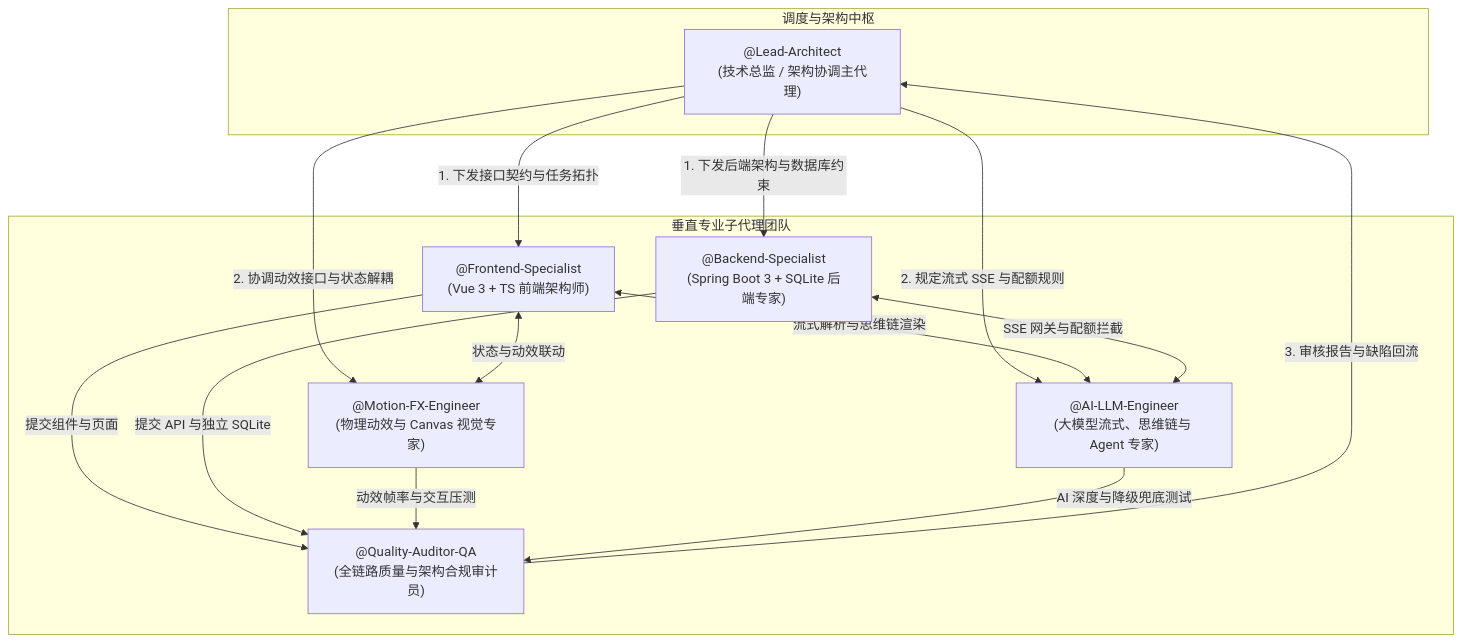
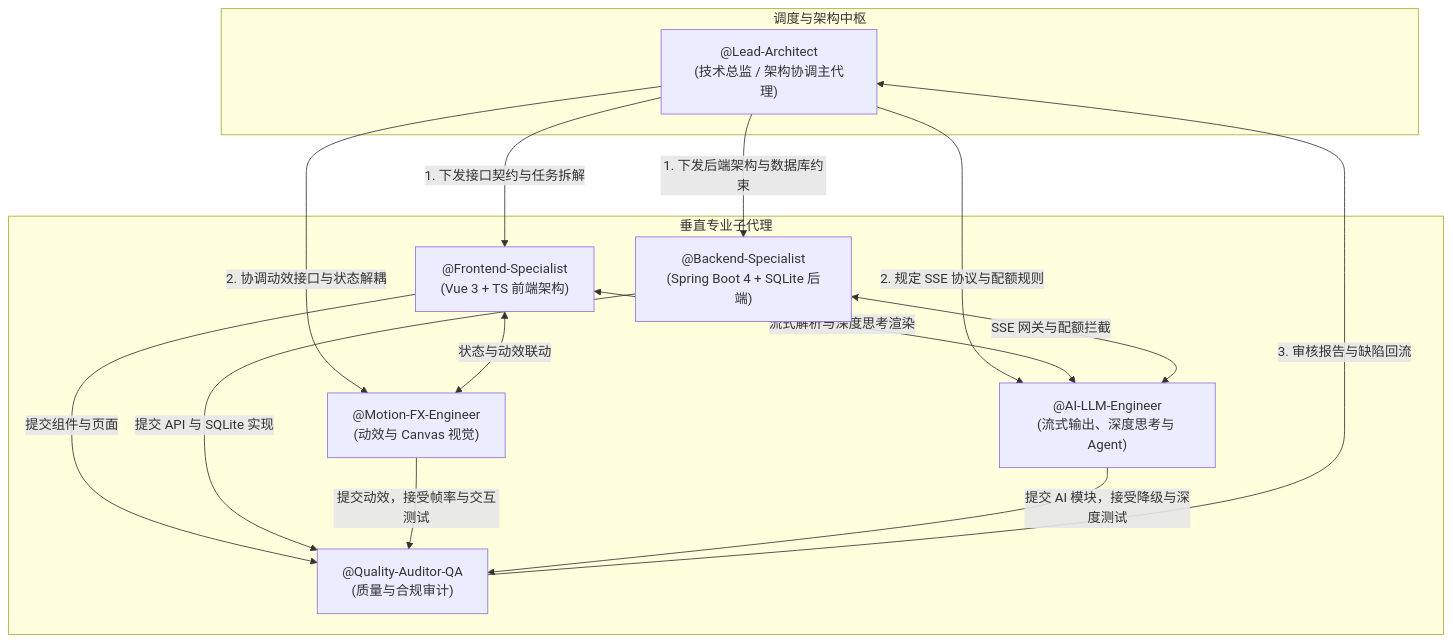
The first of 2 diagrams in docs/PROMPTS.md (gyb0619/XCWeb), drawn with Mermaid before and after one commit. The commit also changed other lines of this file and 83 other files, not shown here.

Commit message:
feat: complete XCWeb full-stack implementation with multi-agent architecture

````diff
--- a/docs/PROMPTS.md
+++ b/docs/PROMPTS.md
@@ -11,30 +16,30 @@
 ```mermaid
 graph TB
     subgraph Core_Orchestrator["调度与架构中枢"]
         Architect["@Lead-Architect<br/>(技术总监 / 架构协调主代理)"]
     end
 
-    subgraph Specialized_Agents["垂直专业子代理团队"]
-        FrontendDev["@Frontend-Specialist<br/>(Vue 3 + TS 前端架构师)"]
-        MotionFX["@Motion-FX-Engineer<br/>(物理动效与 Canvas 视觉专家)"]
-        BackendDev["@Backend-Specialist<br/>(Spring Boot 3 + SQLite 后端专家)"]
-        AIEngineer["@AI-LLM-Engineer<br/>(大模型流式、思维链与 Agent 专家)"]
-        QualityQA["@Quality-Auditor-QA<br/>(全链路质量与架构合规审计员)"]
+    subgraph Specialized_Agents["垂直专业子代理"]
+        FrontendDev["@Frontend-Specialist<br/>(Vue 3 + TS 前端架构)"]
+        MotionFX["@Motion-FX-Engineer<br/>(动效与 Canvas 视觉)"]
+        BackendDev["@Backend-Specialist<br/>(Spring Boot 4 + SQLite 后端)"]
+        AIEngineer["@AI-LLM-Engineer<br/>(流式输出、深度思考与 Agent)"]
+        QualityQA["@Quality-Auditor-QA<br/>(质量与合规审计)"]
     end
 
-    Architect -->|"1. 下发接口契约与任务拓扑"| FrontendDev
+    Architect -->|"1. 下发接口契约与任务拆解"| FrontendDev
     Architect -->|"1. 下发后端架构与数据库约束"| BackendDev
     Architect -->|"2. 协调动效接口与状态解耦"| MotionFX
-    Architect -->|"2. 规定流式 SSE 与配额规则"| AIEngineer
-    
+    Architect -->|"2. 规定 SSE 协议与配额规则"| AIEngineer
+
     FrontendDev <-->|"状态与动效联动"| MotionFX
-    FrontendDev <-->|"流式解析与思维链渲染"| AIEngineer
+    FrontendDev <-->|"流式解析与深度思考渲染"| AIEngineer
     BackendDev <-->|"SSE 网关与配额拦截"| AIEngineer
-    
+
     FrontendDev -->|"提交组件与页面"| QualityQA
-    BackendDev -->|"提交 API 与独立 SQLite"| QualityQA
-    MotionFX -->|"动效帧率与交互压测"| QualityQA
-    AIEngineer -->|"AI 深度与降级兜底测试"| QualityQA
-    
+    BackendDev -->|"提交 API 与 SQLite 实现"| QualityQA
+    MotionFX -->|"提交动效，接受帧率与交互测试"| QualityQA
+    AIEngineer -->|"提交 AI 模块，接受降级与深度测试"| QualityQA
+
     QualityQA -->|"3. 审核报告与缺陷回流"| Architect
 ```
````
